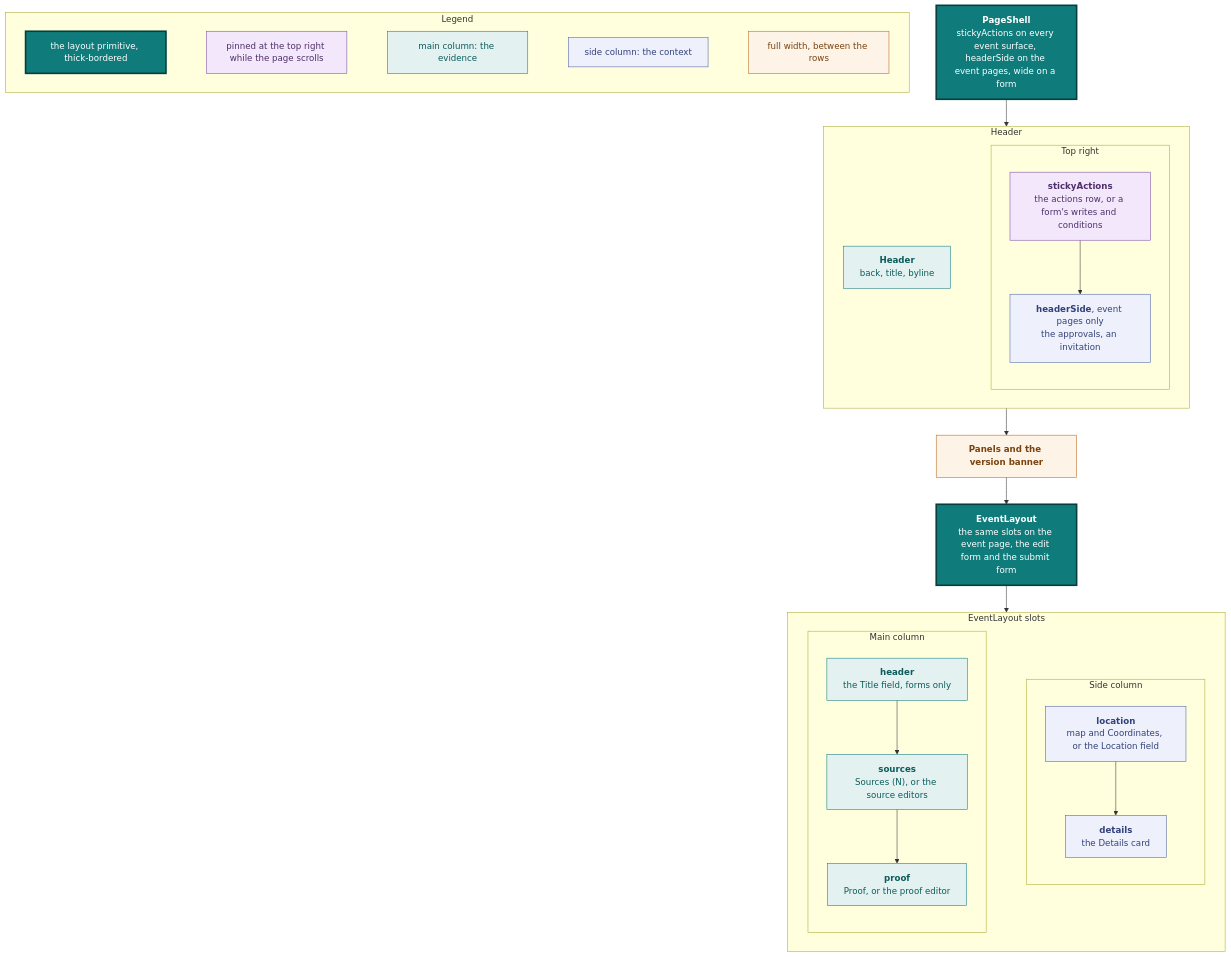
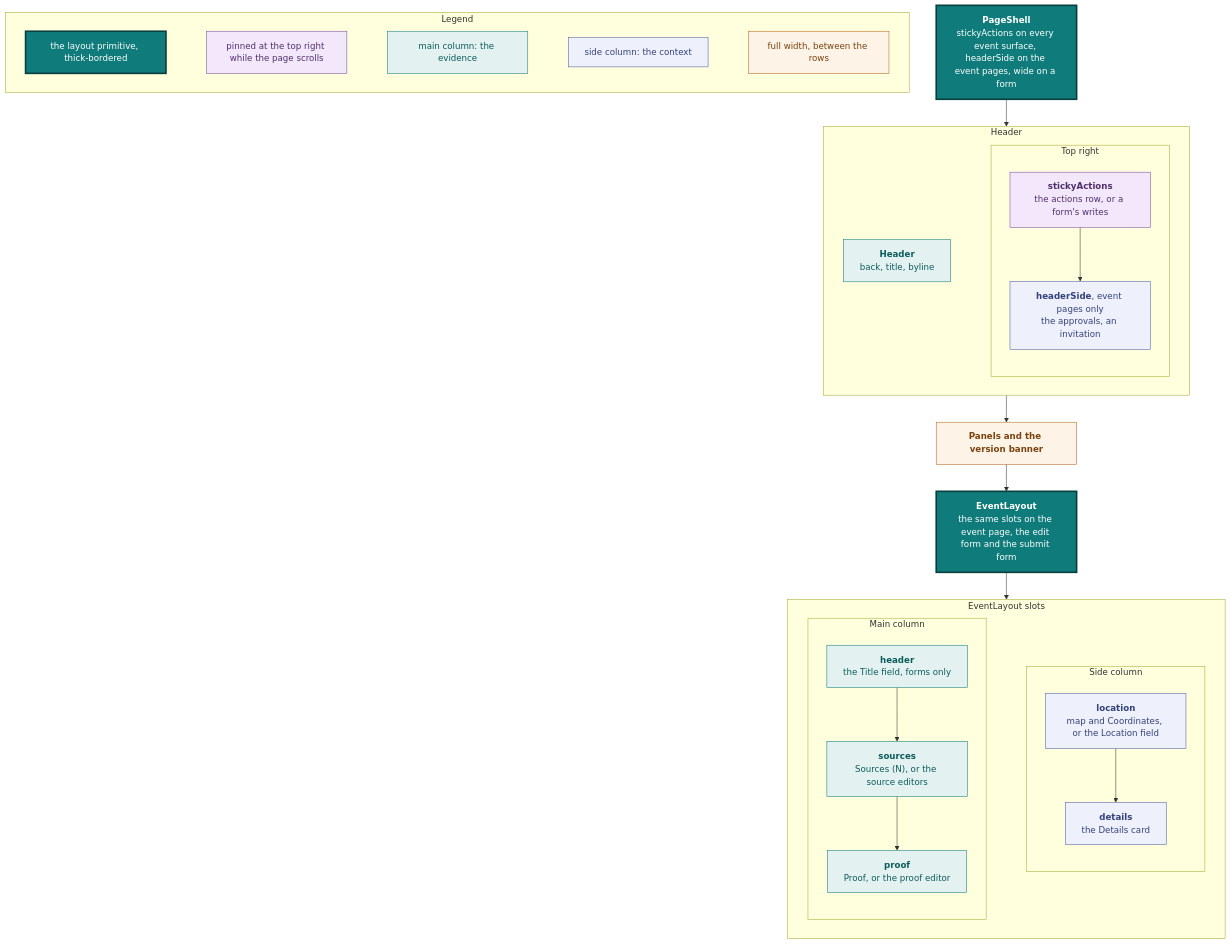
One commit to vidithq/vidit changed the sixth of 15 diagrams in docs/design.md. Above: the diagram before and after it, drawn with Mermaid. The commit also changed other lines of this file and 13 other files, not shown here.

````diff
--- a/docs/design.md
+++ b/docs/design.md
@@ -678,66 +679,66 @@
 ```mermaid
 flowchart TB
   classDef core fill:#0f7b7a,stroke:#083f3e,stroke-width:3px,color:#ffffff
   classDef pinned fill:#f3e8fb,stroke:#7a4aa5,color:#4f2f6b
   classDef shared fill:#e3f2f1,stroke:#0f7b7a,color:#0b5c5b
   classDef spec fill:#eef1fb,stroke:#4a5fa5,color:#33417a
   classDef state fill:#fdf3e7,stroke:#b8661a,color:#7a430f
 
   subgraph legend [Legend]
     direction LR
     l1["`the layout primitive, thick-bordered`"]:::core
     l5["`pinned at the top right while the page scrolls`"]:::pinned
     l2["`main column: the evidence`"]:::shared
     l3["`side column: the context`"]:::spec
     l4["`full width, between the rows`"]:::state
     l1 ~~~ l5 ~~~ l2 ~~~ l3 ~~~ l4
   end
 
   shell["`**PageShell**
   stickyActions on every event surface, headerSide on the event pages, wide on a form`"]:::core
 
   subgraph top [Header]
     direction LR
     header["`**Header**
     back, title, byline`"]:::shared
     subgraph topside [Top right]
       direction TB
       sticky["`**stickyActions**
-      the actions row, or a form's writes and conditions`"]:::pinned
+      the actions row, or a form's writes`"]:::pinned
       approvals["`**headerSide**, event pages only
       the approvals, an invitation`"]:::spec
       sticky --> approvals
     end
     header ~~~ topside
   end
 
   between["`**Panels and the version banner**`"]:::state
 
   layout["`**EventLayout**
   the same slots on the event page, the edit form and the submit form`"]:::core
 
   subgraph body [EventLayout slots]
     direction LR
     subgraph main [Main column]
       direction TB
       title["`**header**
       the Title field, forms only`"]:::shared
       sources["`**sources**
       Sources (N), or the source editors`"]:::shared
       proof["`**proof**
       Proof, or the proof editor`"]:::shared
       title --> sources --> proof
     end
     subgraph side [Side column]
       direction TB
       location["`**location**
       map and Coordinates, or the Location field`"]:::spec
       details["`**details**
       the Details card`"]:::spec
       location --> details
     end
     main ~~~ side
   end
 
   shell --> top --> between --> layout --> body
 ```
````
